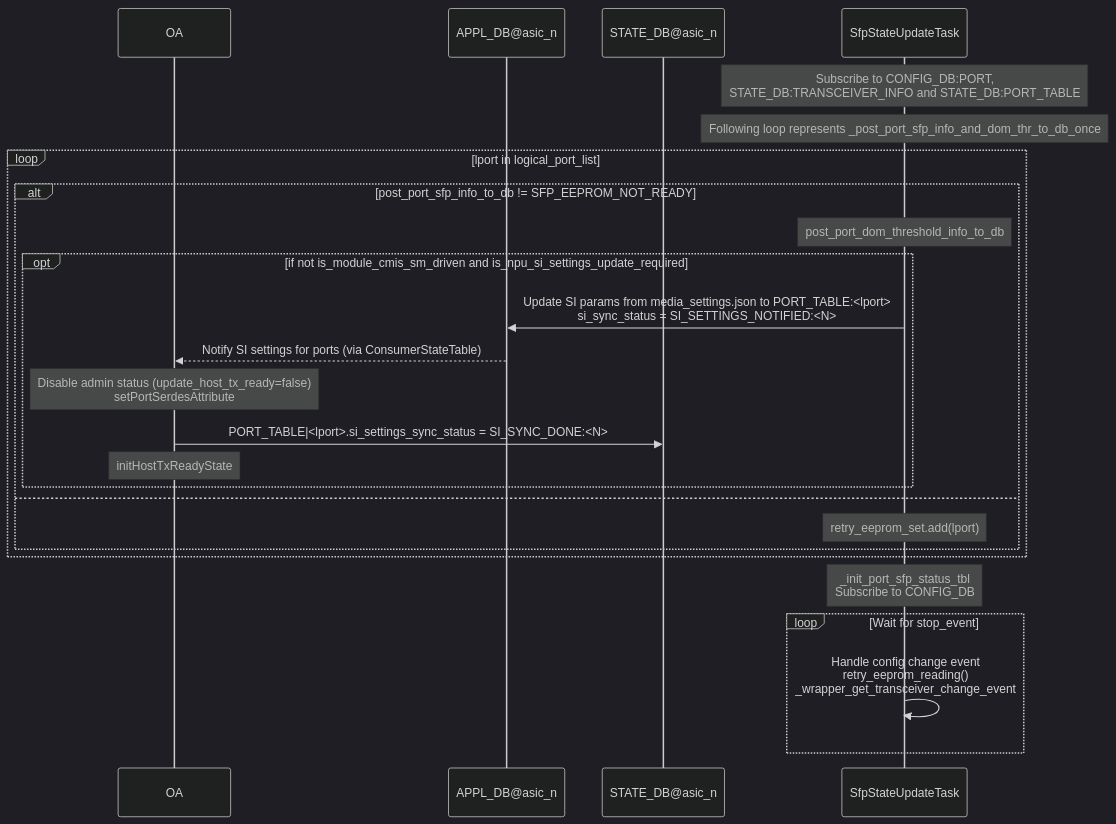
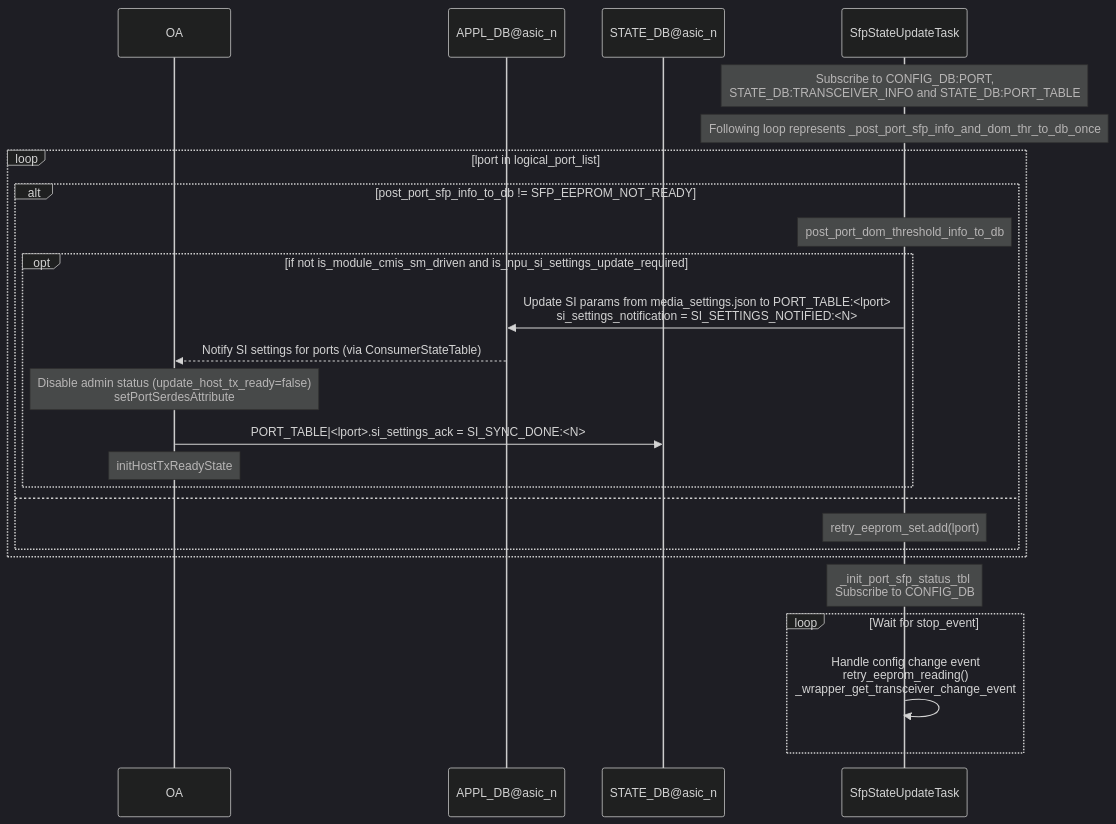
One commit to sonic-net/SONiC changed the second of 5 diagrams in doc/sfp-cmis/Interface-Link-bring-up-sequence.md. Above: the diagram before and after it, drawn with Mermaid (dark theme). The commit also changed other lines of this file, not shown here.

````diff
--- a/doc/sfp-cmis/Interface-Link-bring-up-sequence.md
+++ b/doc/sfp-cmis/Interface-Link-bring-up-sequence.md
@@ -308,28 +317,28 @@
 ```mermaid
 sequenceDiagram
     participant OA
     participant APPL_DB as APPL_DB@asic_n
     participant STATE_DB as STATE_DB@asic_n
     participant SfpStateUpdateTask
 
     Note over SfpStateUpdateTask: Subscribe to CONFIG_DB:PORT,<br>STATE_DB:TRANSCEIVER_INFO and STATE_DB:PORT_TABLE
     Note over SfpStateUpdateTask: Following loop represents _post_port_sfp_info_and_dom_thr_to_db_once
     loop lport in logical_port_list
         alt post_port_sfp_info_to_db != SFP_EEPROM_NOT_READY
              Note over SfpStateUpdateTask: post_port_dom_threshold_info_to_db
             opt if not is_module_cmis_sm_driven and is_npu_si_settings_update_required
-                SfpStateUpdateTask ->> APPL_DB: Update SI params from media_settings.json to PORT_TABLE:<lport><br>si_sync_status = SI_SETTINGS_NOTIFIED:<N>
+                SfpStateUpdateTask ->> APPL_DB: Update SI params from media_settings.json to PORT_TABLE:<lport><br>si_settings_notification = SI_SETTINGS_NOTIFIED:<N>
                 APPL_DB -->> OA: Notify SI settings for ports (via ConsumerStateTable)
                 Note over OA: Disable admin status (update_host_tx_ready=false)<br>setPortSerdesAttribute
-                OA ->> STATE_DB: PORT_TABLE|<lport>.si_settings_sync_status = SI_SYNC_DONE:<N>
+                OA ->> STATE_DB: PORT_TABLE|<lport>.si_settings_ack = SI_SYNC_DONE:<N>
                 Note over OA: initHostTxReadyState
             end
         else
             Note over SfpStateUpdateTask: retry_eeprom_set.add(lport)
         end
     end
     Note over SfpStateUpdateTask: _init_port_sfp_status_tbl<br>Subscribe to CONFIG_DB
     loop Wait for stop_event
         SfpStateUpdateTask ->> SfpStateUpdateTask: Handle config change event<br>retry_eeprom_reading()<br>_wrapper_get_transceiver_change_event
     end
 ```
````
